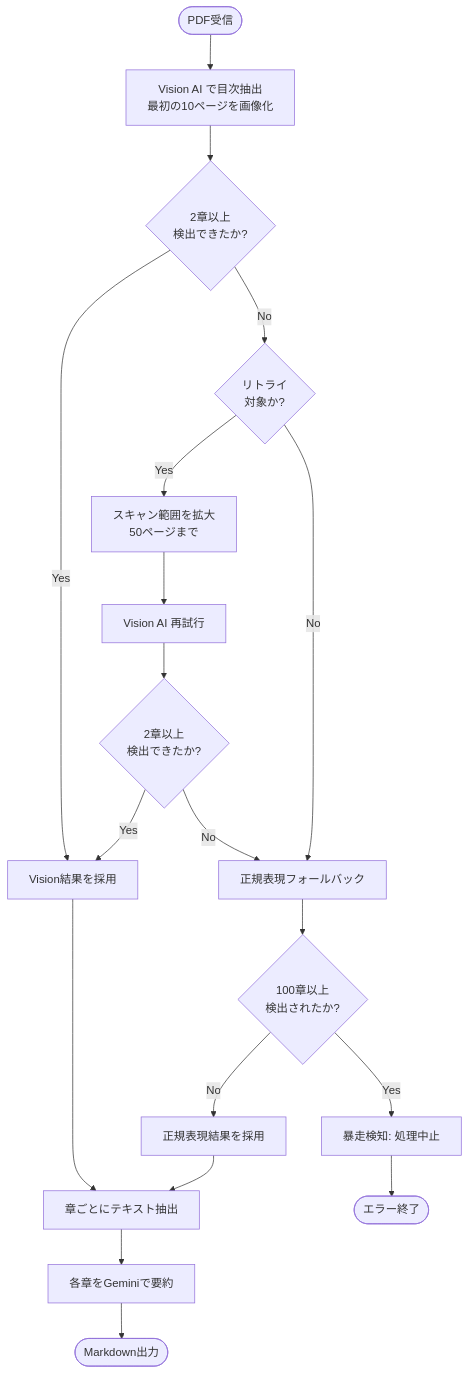
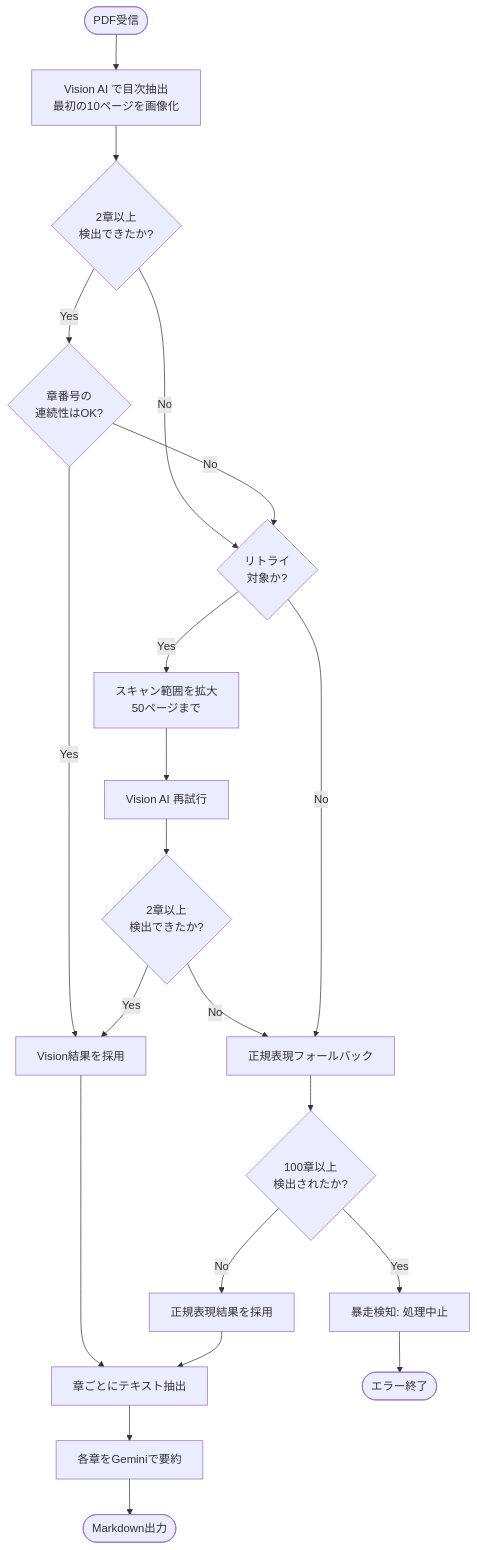
The diagram in docs/TOC_EXTRACTION.md (jinjineer0426/BookSummarySystem), drawn with Mermaid before and after one commit. The commit also changed other lines of this file and 6 other files, not shown here.

Commit message:
Improve TOC extraction: prompt enhancement, continuity check, retry logic, and docs update

````diff
--- a/docs/TOC_EXTRACTION.md
+++ b/docs/TOC_EXTRACTION.md
@@ -14,31 +14,34 @@
 ```mermaid
 graph TD
     Start([PDF受信]) --> VisionTOC[Vision AI で目次抽出<br/>最初の10ページを画像化]
     
     VisionTOC --> VisionCheck{2章以上<br/>検出できたか?}
     
-    VisionCheck -- Yes --> UseVision[Vision結果を採用]
+    VisionCheck -- Yes --> ContinuityCheck{章番号の<br/>連続性はOK?}
     VisionCheck -- No --> Retry{リトライ<br/>対象か?}
+    
+    ContinuityCheck -- Yes --> UseVision[Vision結果を採用]
+    ContinuityCheck -- No --> Retry
     
     Retry -- Yes --> ExpandRange[スキャン範囲を拡大<br/>50ページまで]
     ExpandRange --> VisionTOC2[Vision AI 再試行]
     VisionTOC2 --> VisionCheck2{2章以上<br/>検出できたか?}
     
     VisionCheck2 -- Yes --> UseVision
     VisionCheck2 -- No --> FallbackRegex
     
     Retry -- No --> FallbackRegex[正規表現フォールバック]
     
     FallbackRegex --> RegexCheck{100章以上<br/>検出されたか?}
     
     RegexCheck -- Yes --> Runaway[暴走検知: 処理中止]
     RegexCheck -- No --> UseRegex[正規表現結果を採用]
     
     UseVision --> Extract[章ごとにテキスト抽出]
     UseRegex --> Extract
     
     Extract --> Summarize[各章をGeminiで要約]
     Summarize --> End([Markdown出力])
     
     Runaway --> Error([エラー終了])
 ```
````
